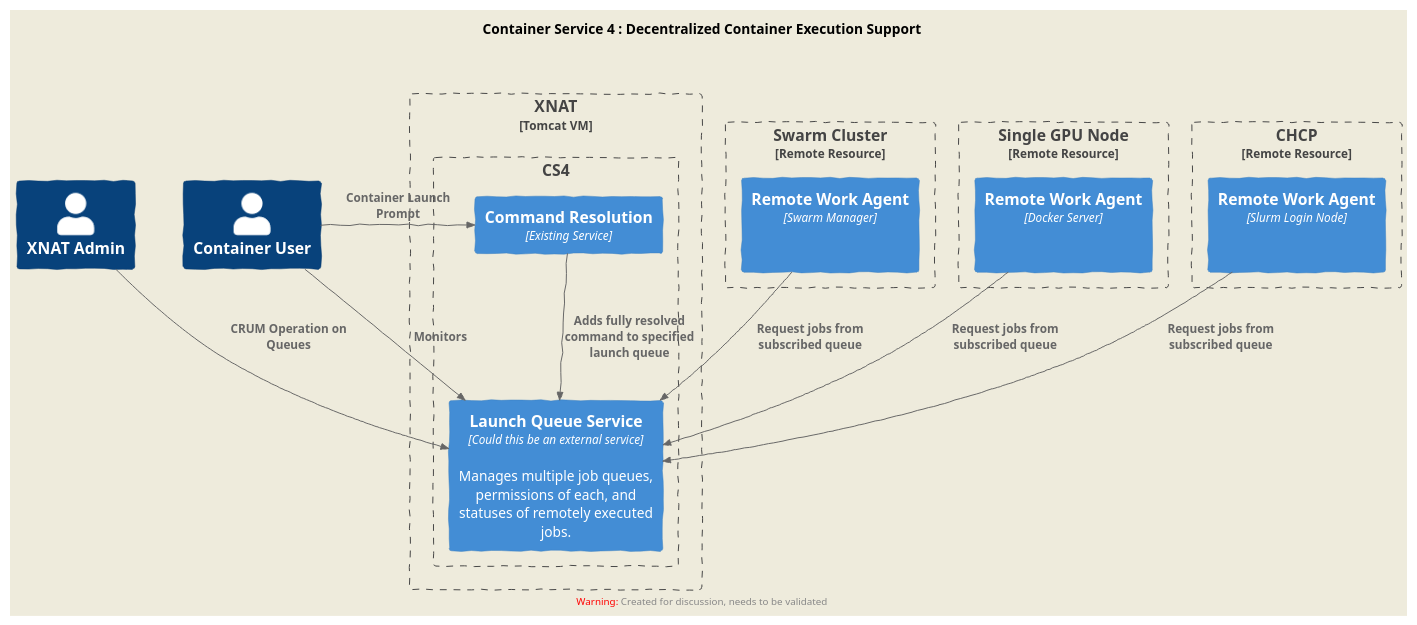
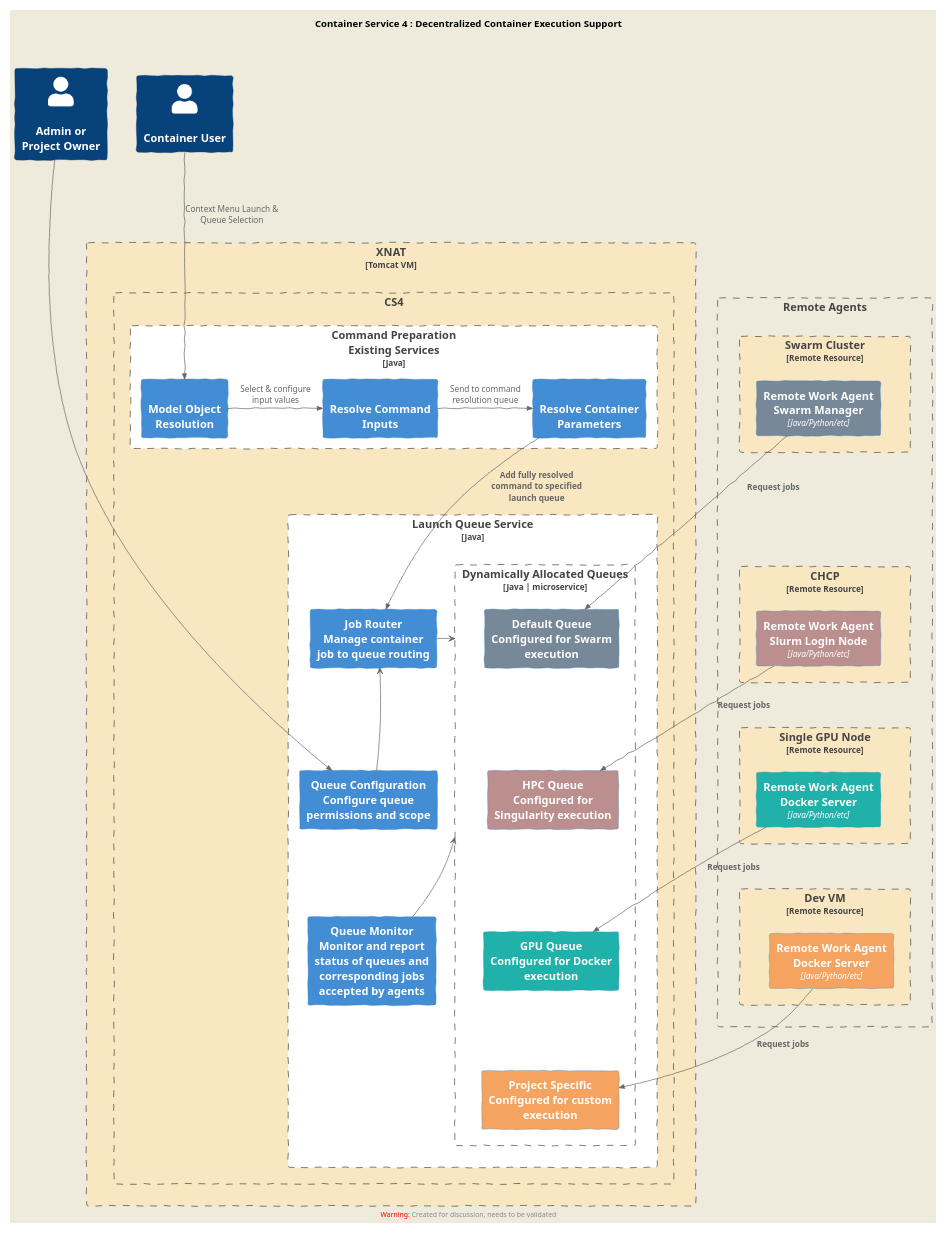
The diagram in CS4-C2.puml (kelseym/xnat_diagrams), drawn with PlantUML before and after one commit. The commit also changed 3 other files, not shown here.

Commit message:
Completed v1 of CS3 adn CS4 diagrams

```diff
--- a/CS4-C2.puml
+++ b/CS4-C2.puml
@@ -1,49 +1,87 @@
 @startuml C4_Elements
-skinparam nodesep 50
-skinparam ranksep 80
+'skinparam nodesep 80
+'skinparam ranksep 80
+skinparam classFontColor automatic
+skinparam backgroundColor #White
+scale 0.7
 
 !include https://raw.githubusercontent.com/plantuml-stdlib/C4-PlantUML/master/C4_Container.puml
 HIDE_STEREOTYPE()
 LAYOUT_AS_SKETCH()
 
 title **Container Service 4 : Decentralized Container Execution Support**\n\n
 
-Person(admin, "XNAT Admin")
+Person(user, \nContainer User)
+Person(admin, \nAdmin or\nProject Owner)
 
-Person(user, "Container User")
-
-Boundary(XNAT, "XNAT", "Tomcat VM") {
+Boundary(XNAT, "XNAT", "Tomcat VM") #Strategy {
 
     Boundary(CS, "CS4") {
+        Boundary(prep, Command Preparation\nExisting Services, Java) #White{
+            Container(mod_obj_res, \nModel Object\nResolution)
+            Container(command_res, \nResolve Command\nInputs)
+            Container(container_res, \nResolve Container\nParameters)
+            Rel_R(mod_obj_res, command_res,' ', ,Select & configure\ninput values)
+            Rel_R(command_res, container_res,' ', , Send to command\nresolution queue)
 
-        Container(command_res, "Command Resolution", Existing Service)
-        Container(queue_svc, "Launch Queue Service", Could this be an external service, "Manages multiple job queues, permissions of each, and statuses of remotely executed jobs.")
-        Rel(command_res, queue_svc, "Adds fully resolved command to specified launch queue")
+        }
+
+        Boundary(queue_svc, "Launch Queue Service", Java) #White {
+            Container(queue_routing, Job Router\nManage container\njob to queue routing, , "")
+            Container(queue_config, "Queue Configuration\nConfigure queue\npermissions and scope", , )
+            Container(queue_mngmt, Queue Monitor\nMonitor and report status of queues and corresponding jobs accepted by agents, , "")
+            Lay_D(queue_routing, queue_config)
+            Lay_D(queue_config, queue_mngmt)
+            queue_config -up-> queue_routing
+
+            Boundary(queue_set, Dynamically Allocated Queues, Java | microservice,) {
+                Container(q1, Default Queue\nConfigured for Swarm execution) #LightSlateGrey
+                Container(q2, HPC Queue\nConfigured for Singularity execution) #RosyBrown
+                Container(q3, GPU Queue\nConfigured for Docker execution) #LightSeaGreen
+                Container(q4, Project Specific\nConfigured for custom execution) #SandyBrown
+                Lay_L(queue_routing,q1)
+                Lay_D(q1,q2)
+                Lay_D(q2,q3)
+                Lay_D(q3,q4)
+            }
+        }
+        Rel(container_res, queue_routing, "Add fully resolved command to specified launch queue")
 
     }
-    Rel(user, command_res, "Container Launch Prompt")
 }
 
-Boundary(resource01, Swarm Cluster, Remote Resource) {
-    Container(remote01, Remote Work Agent, "Swarm Manager", " ")
+ Boundary(agents, Remote Agents) {
+    Boundary(resource01, Swarm Cluster, Remote Resource) #Strategy {
+        Container(remote01, Remote Work Agent\nSwarm Manager, "Java/Python/etc") #LightSlateGrey
+    }
+    Boundary(resource02, CHCP , Remote Resource) #Strategy {
+        Container(remote02, Remote Work Agent\nSlurm Login Node, "Java/Python/etc") #RosyBrown
+    }
+    Boundary(resource03, Single GPU Node, Remote Resource) #Strategy {
+        Container(remote03, Remote Work Agent\nDocker Server, "Java/Python/etc") #LightSeaGreen
+    }
+    Boundary(resource04, Dev VM , Remote Resource) #Strategy {
+        Container(remote04, Remote Work Agent\nDocker Server, "Java/Python/etc") #SandyBrown
+    }
 }
 
-Boundary(resource02, Single GPU Node, Remote Resource) {
-    Container(remote02, Remote Work Agent, "Docker Server", " ")
-}
+queue_routing -left-> queue_set
 
-Boundary(resource03, CHCP , Remote Resource) {
-    Container(remote03, Remote Work Agent, Slurm Login Node, " ")
-}
+queue_mngmt -left-> queue_set
 
-Rel_Left(admin, queue_svc, CRUM Operation on Queues)
-Rel(user, queue_svc, "Monitors")
 
-Rel(remote01, queue_svc, Request jobs from subscribed queue)
-Rel(remote02, queue_svc, Request jobs from subscribed queue)
-Rel(remote03, queue_svc, Request jobs from subscribed queue)
+Rel(remote01, q1, Request jobs)
+Rel(remote02, q2, Request jobs)
+Lay_D(resource01, resource02)
+Rel(remote03, q3, Request jobs)
+Lay_D(resource02, resource03)
+Rel(remote04, q4, Request jobs)
+Lay_D(resource03, resource04)
 
-Lay_L(user, admin)
+
+Rel_D(user, mod_obj_res, " ",,Context Menu Launch &\nQueue Selection)
+Rel(admin, queue_config,' ')
+Lay_U(XNAT, admin)
 
 
 @enduml
```
